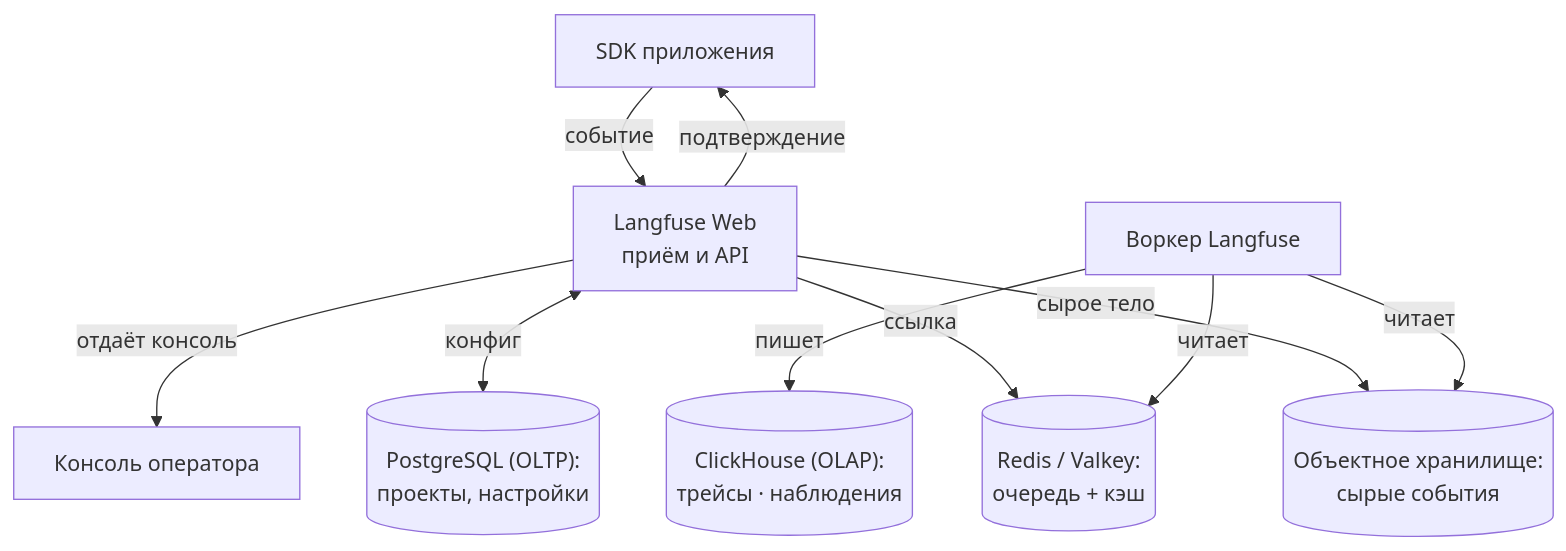
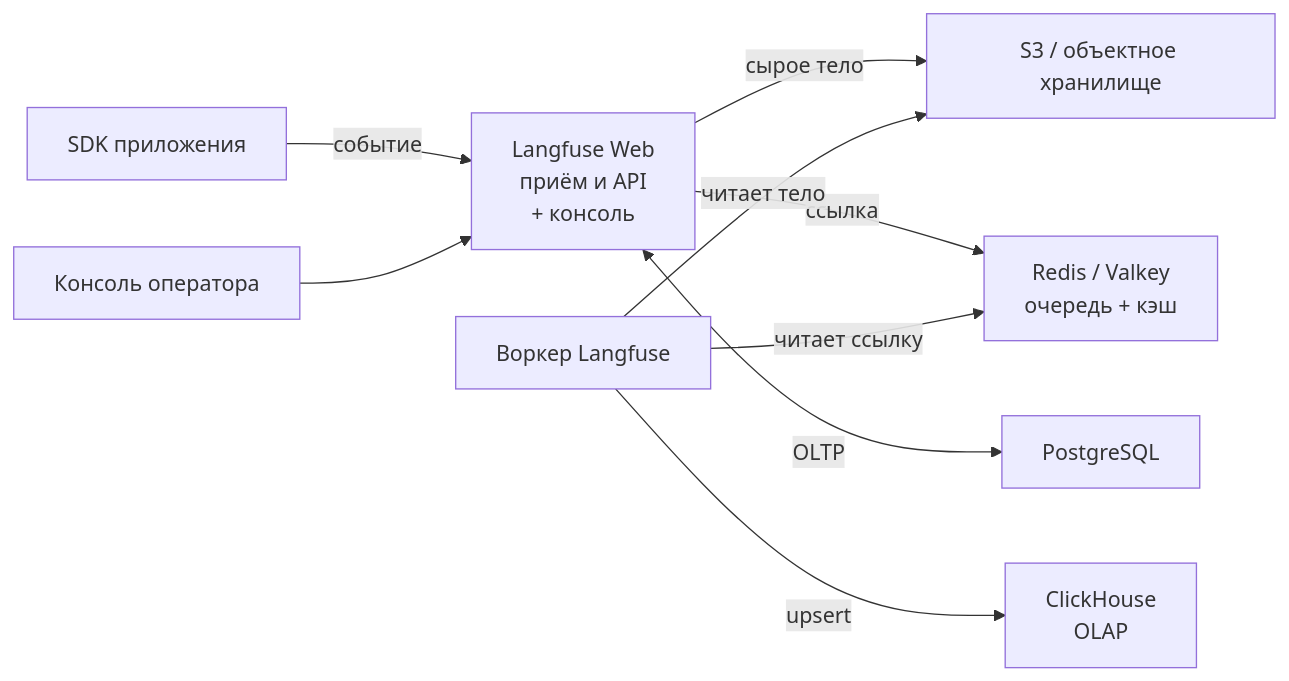
The first of 2 diagrams in i18n/ru/docusaurus-plugin-content-docs/current/part-3-production/tooling-ecosystem/deep-dive.md (NikolaiSachok/ai-engineering-handbook), drawn with Mermaid before and after one commit. The commit also changed other lines of this file and 21 other files, not shown here.

First line of the commit message:
fix(i18n): reconcile 28 drifted diagrams and make the parity gate read inside a fence (#453)

````diff
--- a/i18n/ru/docusaurus-plugin-content-docs/current/part-3-production/tooling-ecosystem/deep-dive.md
+++ b/i18n/ru/docusaurus-plugin-content-docs/current/part-3-production/tooling-ecosystem/deep-dive.md
@@ -72,12 +72,11 @@
 ```mermaid
-flowchart TD
-    SDK["SDK приложения"] -->|событие| WEB["Langfuse Web<br/>приём и API"]
-    WEB -->|подтверждение| SDK
-    WEB -->|сырое тело| BLOB[("Объектное хранилище:<br/>сырые события")]
-    WEB -->|ссылка| REDIS[("Redis / Valkey:<br/>очередь + кэш")]
-    WORKER["Воркер Langfuse"] -->|читает| REDIS
-    WORKER -->|читает| BLOB
-    WORKER -->|пишет| CH[("ClickHouse (OLAP):<br/>трейсы · наблюдения")]
-    WEB <-->|конфиг| PG[("PostgreSQL (OLTP):<br/>проекты, настройки")]
-    WEB -->|отдаёт консоль| UI["Консоль оператора"]
+flowchart LR
+    SDK["SDK приложения"] -- "событие" --> WEB["Langfuse Web<br/>приём и API<br/>+ консоль"]
+    WEB -- "сырое тело" --> S3["S3 / объектное хранилище"]
+    WEB -- "ссылка" --> REDIS["Redis / Valkey<br/>очередь + кэш"]
+    WEB <-- "OLTP" --> PG["PostgreSQL"]
+    WORKER["Воркер Langfuse"] -- "читает ссылку" --> REDIS
+    WORKER -- "читает тело" --> S3
+    WORKER -- "upsert" --> CH["ClickHouse<br/>OLAP"]
+    UI["Консоль оператора"] --> WEB
 ```
````
